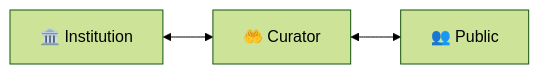
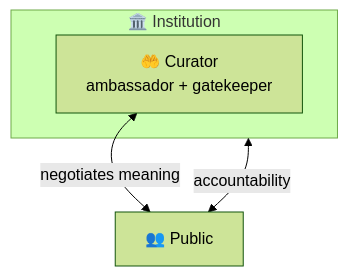
Before and after one commit to Kavehrafie/2026-nwp-AR1205: the diagram in packages/slides/pages/ar2205/w13m.md, drawn with Mermaid (forest theme). The commit also changed other lines of this file and 2 other files, not shown here.

````diff
--- a/packages/slides/pages/ar2205/w13m.md
+++ b/packages/slides/pages/ar2205/w13m.md
@@ -228,4 +464,8 @@
-```mermaid {scale: 0.8}
-graph LR
-    A[🏛️ Institution] <--> B[🤲 Curator] <--> C[👥 Public]
+```mermaid {scale: 1.8}
+graph TD
+    subgraph I[🏛️ Institution]
+        B[🤲 Curator<br/>ambassador + gatekeeper]
+    end
+    B <-->|negotiates meaning| C[👥 Public]
+    I <-->|accountability| C
 ```
````
